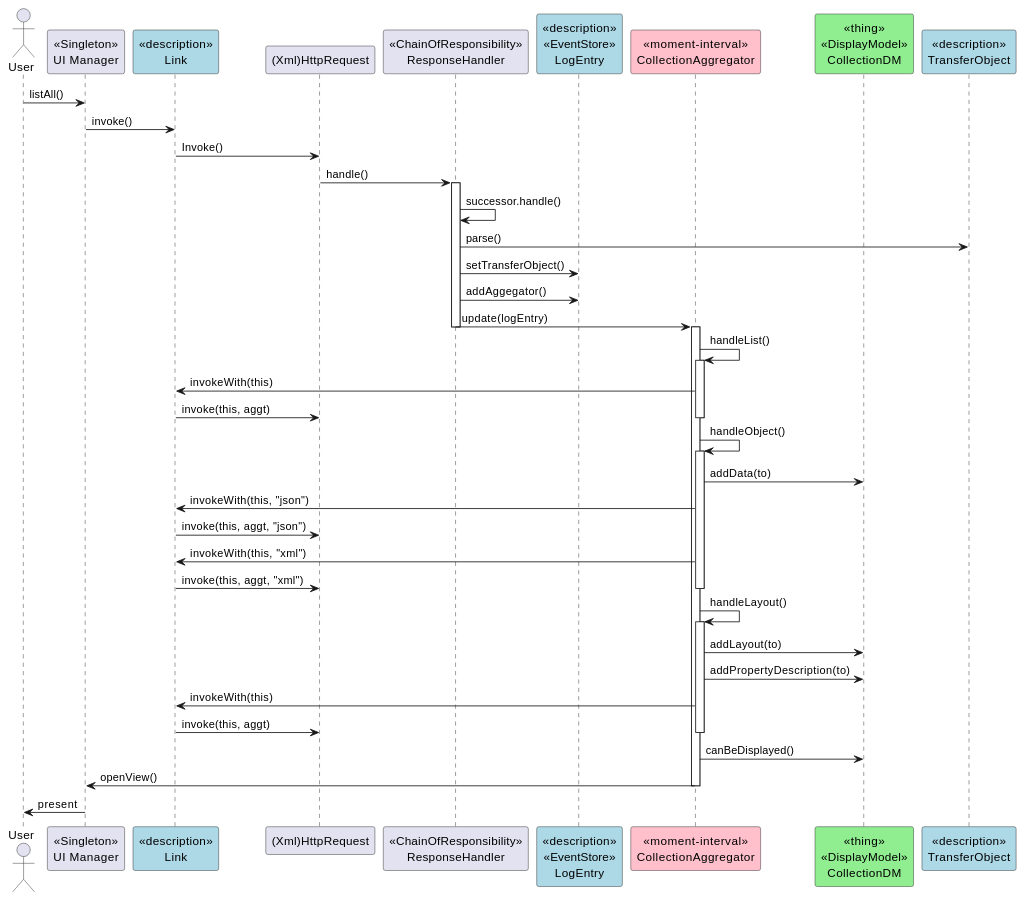
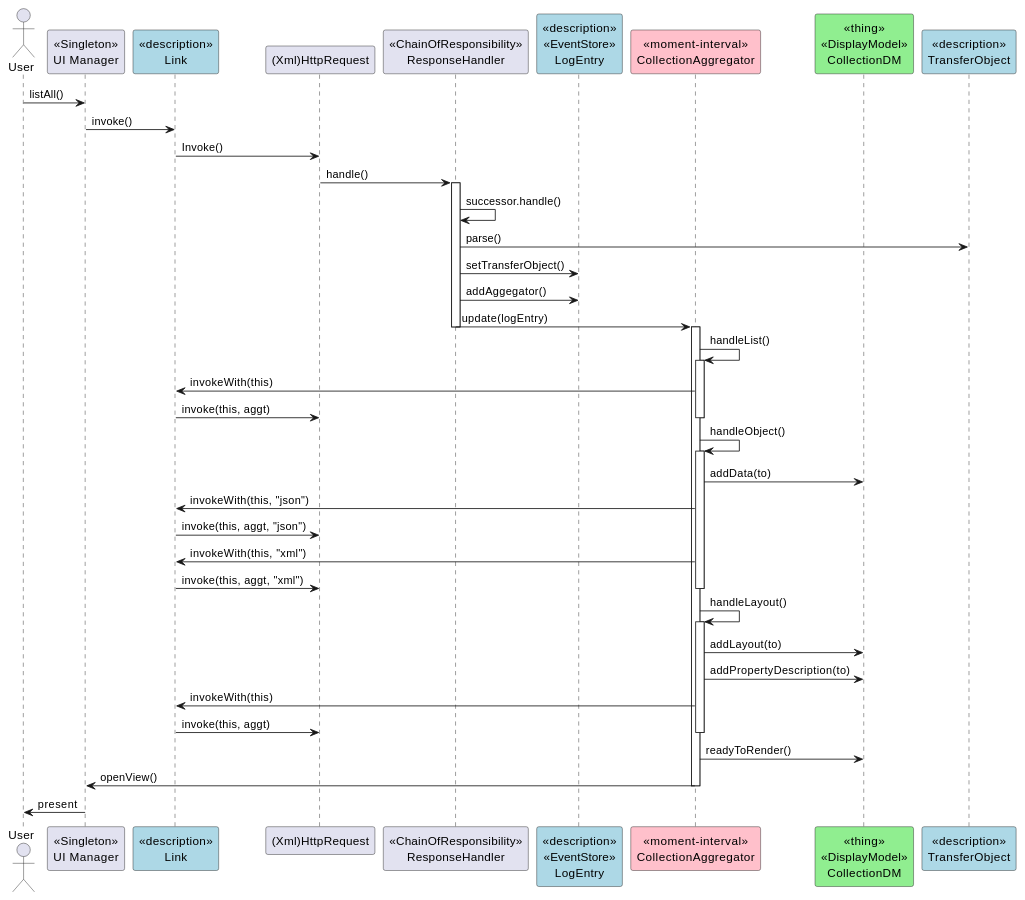
Before and after one commit to apache/causeway: the diagram in incubator/clients/kroviz/adoc/modules/kroviz/partials/design/seq-aggregator.adoc, drawn with PlantUML. The commit also changed 32 other files, not shown here.

```diff
--- a/incubator/clients/kroviz/adoc/modules/kroviz/partials/design/seq-aggregator.adoc
+++ b/incubator/clients/kroviz/adoc/modules/kroviz/partials/design/seq-aggregator.adoc
@@ -4,59 +4,59 @@
 [plantuml,file="seq-aggregator.png"]
 ----
 @startuml
 
 actor User
 participant "<<Singleton>>\nUI Manager" as UI
 participant "<<description>>\nLink" as LNK #LightBlue
 participant "(Xml)HttpRequest" as XHR
 participant "<<ChainOfResponsibility>>\nResponseHandler" as RH
 participant "<<description>>\n<<EventStore>>\nLogEntry" as LE #LightBlue
 participant "<<moment-interval>>\nCollectionAggregator" as AGGT  #Pink
 participant "<<thing>>\n<<DisplayModel>>\nCollectionDM" as DM #LightGreen
 participant "<<description>>\nTransferObject" as TO #LightBlue
 
 User -> UI : listAll()
 UI -> LNK : invoke()
 LNK -> XHR : Invoke()
 XHR -> RH : handle()
 activate RH
 RH -> RH : successor.handle()
 RH -> TO : parse()
 RH -> LE : setTransferObject()
 RH -> LE : addAggegator()
 RH -> AGGT : update(logEntry)
 deactivate RH
 activate AGGT
 
 AGGT -> AGGT : handleList()
 activate AGGT
 AGGT -> LNK : invokeWith(this)
 LNK -> XHR: invoke(this, aggt)
 deactivate AGGT
 
 AGGT -> AGGT : handleObject()
 activate AGGT
 AGGT -> DM : addData(to)
 AGGT -> LNK : invokeWith(this, "json")
 LNK -> XHR: invoke(this, aggt, "json")
 AGGT -> LNK : invokeWith(this, "xml")
 LNK -> XHR: invoke(this, aggt, "xml")
 deactivate AGGT
 
 AGGT -> AGGT : handleLayout()
 activate AGGT
 AGGT -> DM : addLayout(to)
 AGGT -> DM : addPropertyDescription(to)
 AGGT -> LNK : invokeWith(this)
 LNK -> XHR: invoke(this, aggt)
 deactivate AGGT
 
-AGGT -> DM : canBeDisplayed()
+AGGT -> DM : readyToRender()
 AGGT -> UI : openView()
 deactivate AGGT
 
 
 UI -> User : present
 
 @enduml
 ----
```
